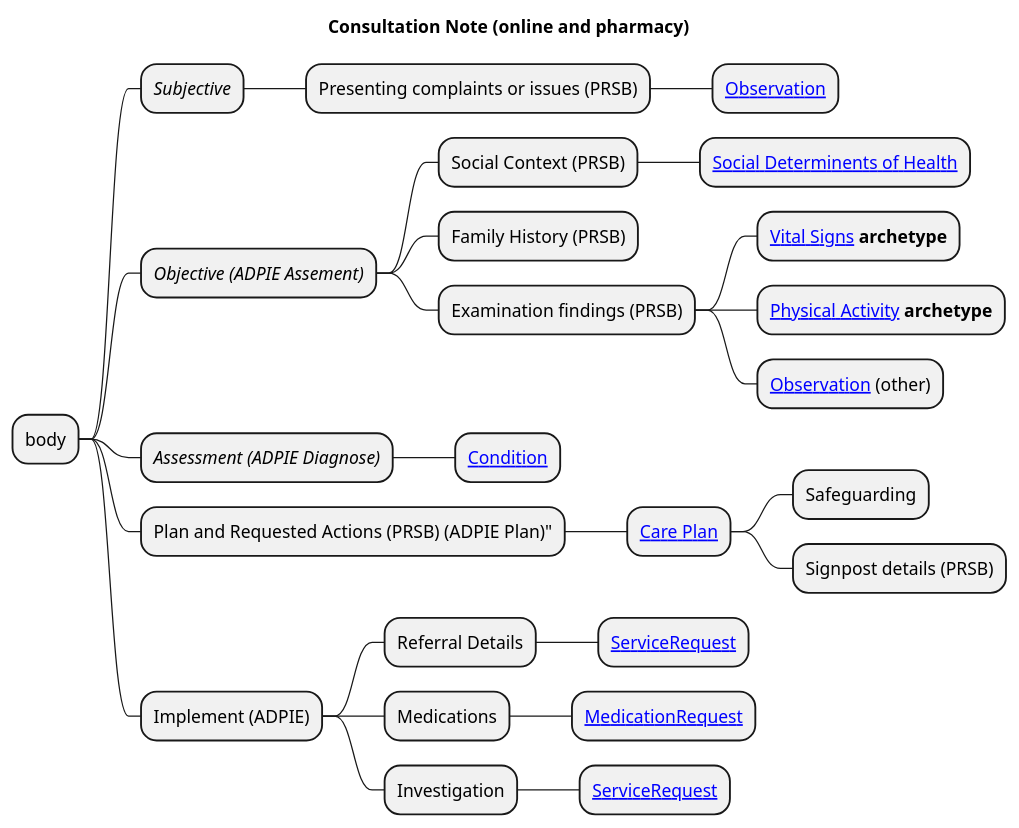
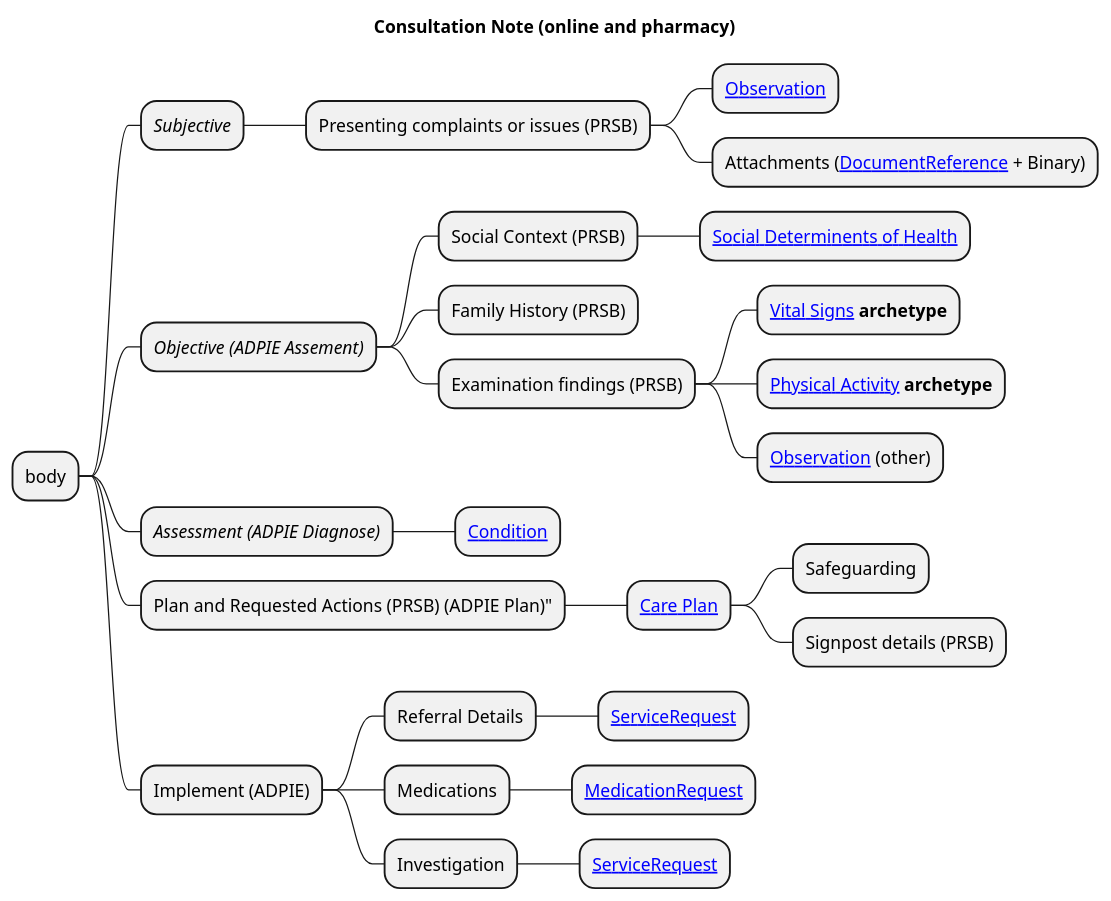
The diagram in input/images-source/consultation-note-mindmap.plantuml (Virtually-Healthcare/virtually-healthcare.github.com), drawn with PlantUML before and after one commit.

Commit message:
Added procedure

```diff
--- a/input/images-source/consultation-note-mindmap.plantuml
+++ b/input/images-source/consultation-note-mindmap.plantuml
@@ -1,31 +1,32 @@
 @startmindmap
 
 title "Consultation Note (online and pharmacy)"
 
 * body
 ** <i>Subjective</i>
 *** Presenting complaints or issues (PRSB)
 **** [[StructureDefinition-Observation.html Observation]]
+**** Attachments ([[StructureDefinition-DocumentReference.html DocumentReference]] + Binary)
 ** <i>Objective (ADPIE Assement)</i>
 *** Social Context (PRSB)
 **** [[https://build.fhir.org/ig/HL7/fhir-sdoh-clinicalcare/ Social Determinents of Health]]
 *** Family History (PRSB)
 *** Examination findings (PRSB)
 **** [[assessments-and-observations.html#vital-signs Vital Signs]] <b>archetype</b>
 **** [[assessments-and-observations.html#daily-physical-activity Physical Activity]] <b>archetype</b>
 **** [[StructureDefinition-Observation.html Observation]] (other)
 ** <i>Assessment (ADPIE Diagnose)</i>
 *** [[StructureDefinition-Condition.html Condition]]
 ** Plan and Requested Actions (PRSB) (ADPIE Plan)"
 *** [[StructureDefinition-CarePlan.html Care Plan]]
 **** Safeguarding
 **** Signpost details (PRSB)
 ** Implement (ADPIE)
 *** Referral Details
 **** [[StructureDefinition-ServiceRequest.html ServiceRequest]]
 *** Medications
 **** [[StructureDefinition-MedicationRequest.html MedicationRequest]]
 *** Investigation
 **** [[StructureDefinition-ServiceRequest.html ServiceRequest]]
 
 @endmindmap
```
